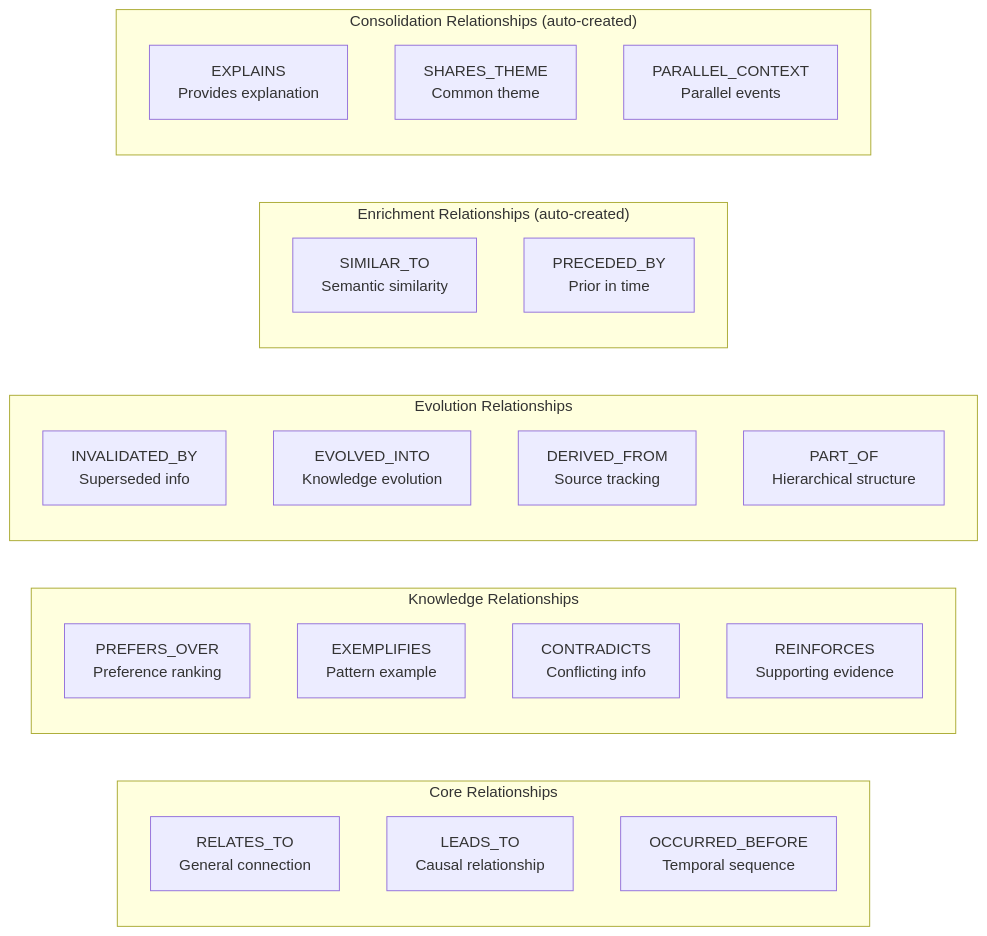
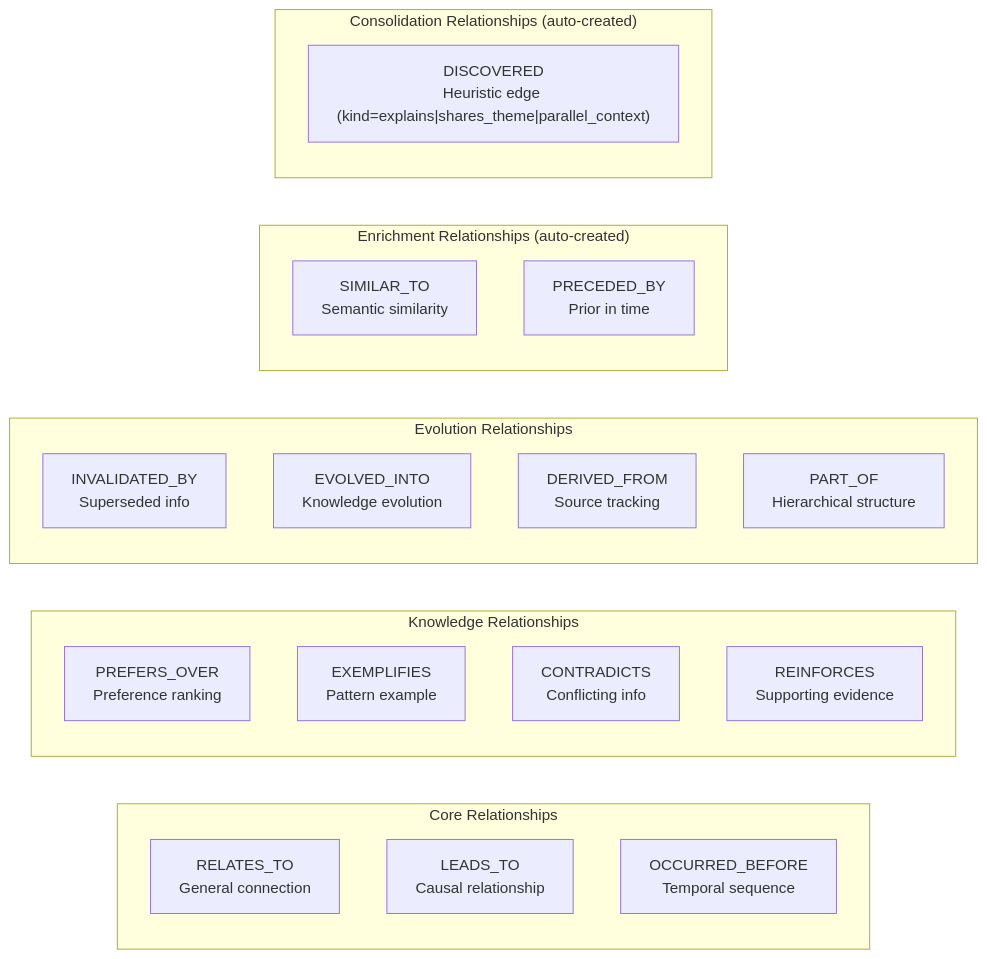
Before and after one commit to verygoodplugins/automem-website: the first of 4 diagrams in src/content/docs/docs/core-concepts/relationship-types.md, drawn with Mermaid. The commit also changed other lines of this file and 14 other files, not shown here.

````diff
--- a/src/content/docs/docs/core-concepts/relationship-types.md
+++ b/src/content/docs/docs/core-concepts/relationship-types.md
@@ -38,33 +38,31 @@
 ```mermaid
 graph LR
     subgraph "Core Relationships"
         RELATES_TO["RELATES_TO<br/>General connection"]
         LEADS_TO["LEADS_TO<br/>Causal relationship"]
         OCCURRED_BEFORE["OCCURRED_BEFORE<br/>Temporal sequence"]
     end
 
     subgraph "Knowledge Relationships"
         PREFERS_OVER["PREFERS_OVER<br/>Preference ranking"]
         EXEMPLIFIES["EXEMPLIFIES<br/>Pattern example"]
         CONTRADICTS["CONTRADICTS<br/>Conflicting info"]
         REINFORCES["REINFORCES<br/>Supporting evidence"]
     end
 
     subgraph "Evolution Relationships"
         INVALIDATED_BY["INVALIDATED_BY<br/>Superseded info"]
         EVOLVED_INTO["EVOLVED_INTO<br/>Knowledge evolution"]
         DERIVED_FROM["DERIVED_FROM<br/>Source tracking"]
         PART_OF["PART_OF<br/>Hierarchical structure"]
     end
 
     subgraph "Enrichment Relationships (auto-created)"
         SIMILAR_TO["SIMILAR_TO<br/>Semantic similarity"]
         PRECEDED_BY["PRECEDED_BY<br/>Prior in time"]
     end
 
     subgraph "Consolidation Relationships (auto-created)"
-        EXPLAINS["EXPLAINS<br/>Provides explanation"]
-        SHARES_THEME["SHARES_THEME<br/>Common theme"]
-        PARALLEL_CONTEXT["PARALLEL_CONTEXT<br/>Parallel events"]
+        DISCOVERED["DISCOVERED<br/>Heuristic edge (kind=explains|shares_theme|parallel_context)"]
     end
 ```
````
